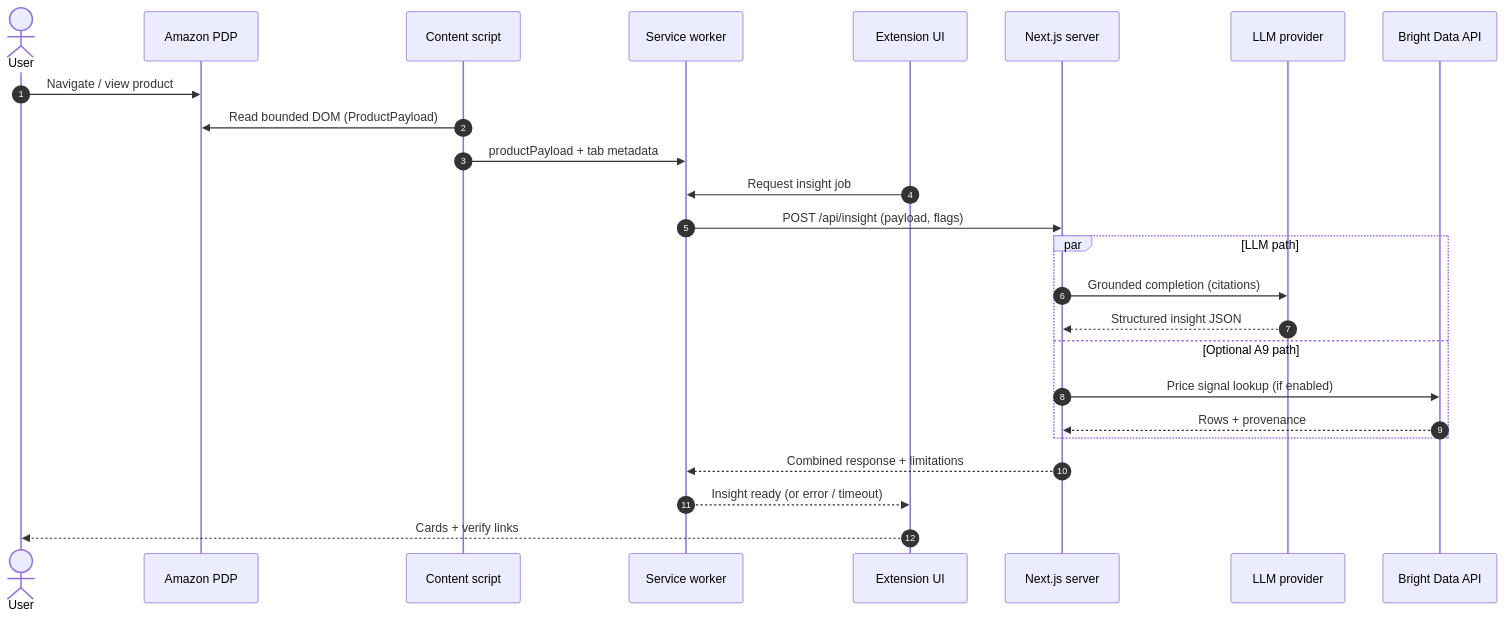
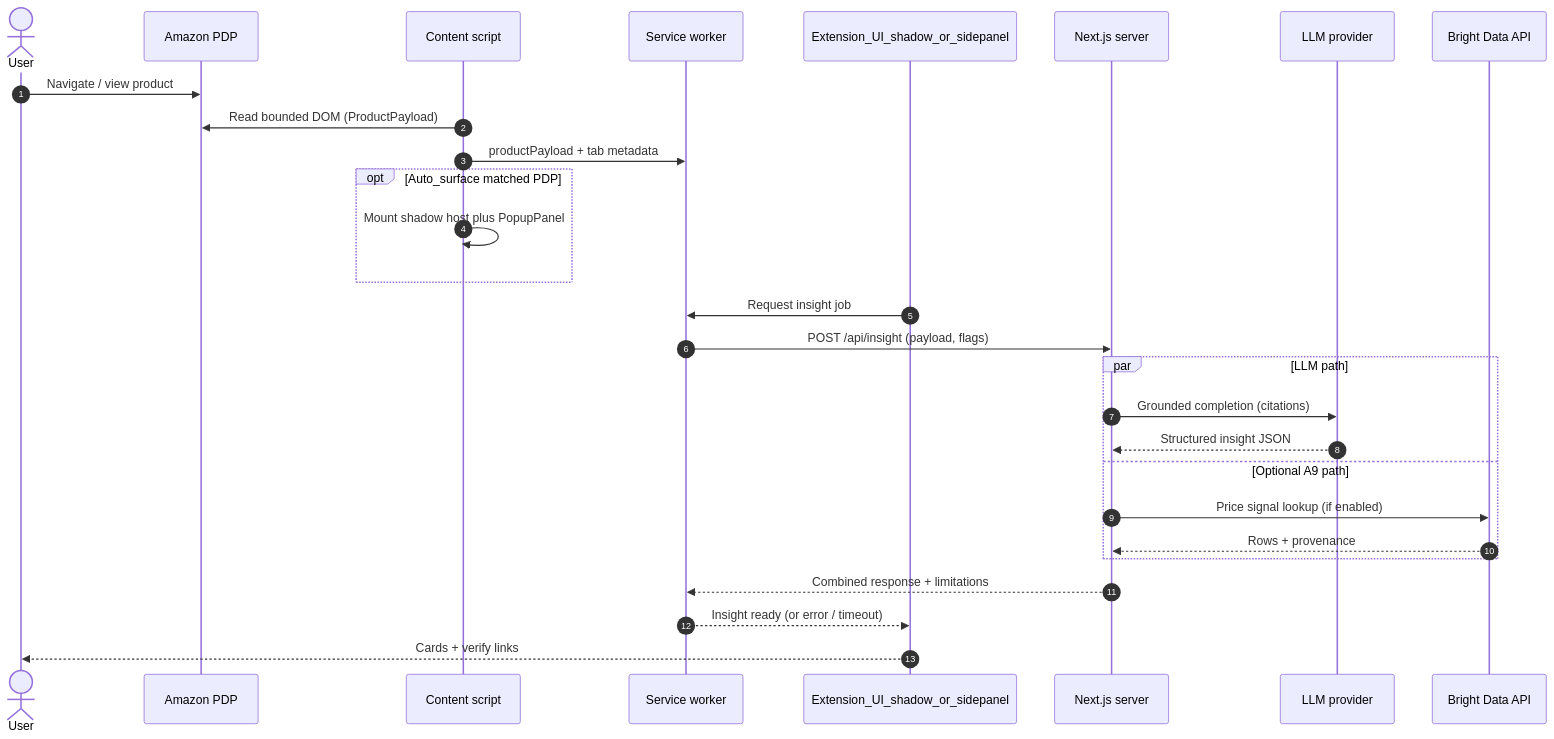
One commit to dickoallassane/ai-smart-shopper-allassane-dicko changed the first of 2 diagrams in requirements/project.requirement.md. Above: the diagram before and after it, drawn with Mermaid. The commit also changed other lines of this file and 7 other files, not shown here.

````diff
--- a/requirements/project.requirement.md
+++ b/requirements/project.requirement.md
@@ -27,28 +27,31 @@
 ```mermaid
 sequenceDiagram
   autonumber
   actor User
   participant PDP as Amazon PDP
   participant CS as Content script
   participant SW as Service worker
-  participant UI as Extension UI
+  participant ExtUI as Extension_UI_shadow_or_sidepanel
   participant API as Next.js server
   participant LLM as LLM provider
   participant BD as Bright Data API
 
   User->>PDP: Navigate / view product
   CS->>PDP: Read bounded DOM (ProductPayload)
   CS->>SW: productPayload + tab metadata
-  UI->>SW: Request insight job
+  opt Auto_surface matched PDP
+    CS->>CS: Mount shadow host plus PopupPanel
+  end
+  ExtUI->>SW: Request insight job
   SW->>API: POST /api/insight (payload, flags)
   par LLM path
     API->>LLM: Grounded completion (citations)
     LLM-->>API: Structured insight JSON
   and Optional A9 path
     API->>BD: Price signal lookup (if enabled)
     BD-->>API: Rows + provenance
   end
   API-->>SW: Combined response + limitations
-  SW-->>UI: Insight ready (or error / timeout)
-  UI-->>User: Cards + verify links
+  SW-->>ExtUI: Insight ready (or error / timeout)
+  ExtUI-->>User: Cards + verify links
 ```
````
